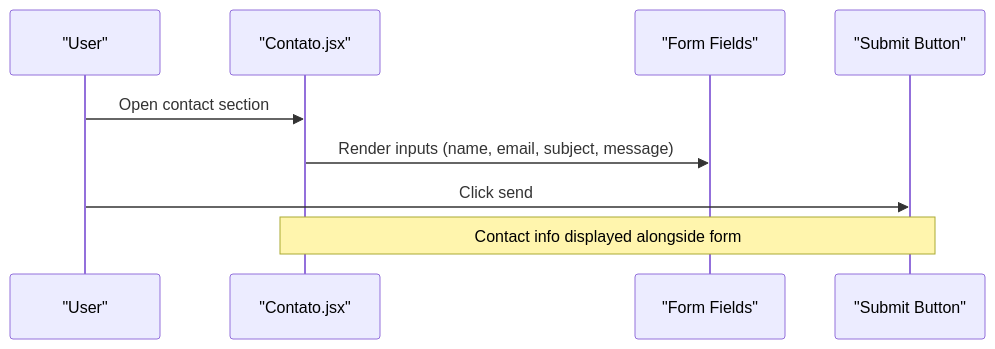
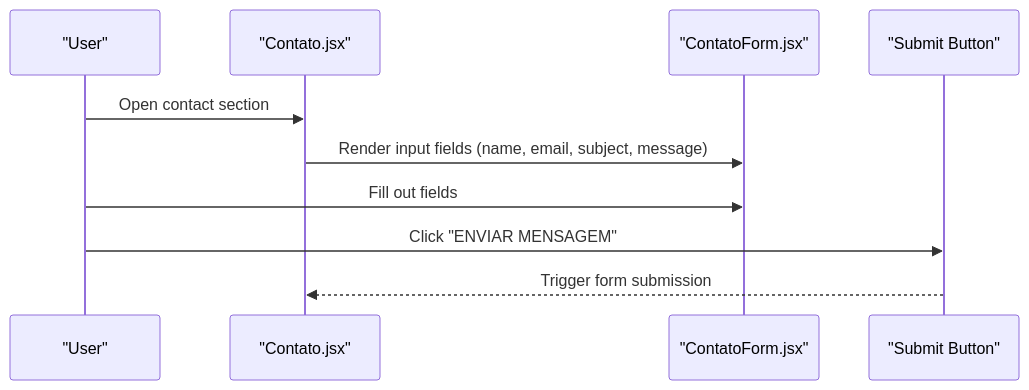
Before and after one commit to isadorabassoasseiro-boop/OptiCode: the seventh of 8 diagrams in .qoder/repowiki/en/content/Project Overview.md, drawn with Mermaid. The commit also changed other lines of this file and 35 other files, not shown here.

````diff
--- a/.qoder/repowiki/en/content/Project Overview.md
+++ b/.qoder/repowiki/en/content/Project Overview.md
@@ -294,11 +274,12 @@
 ```mermaid
 sequenceDiagram
 participant User as "User"
 participant Contato as "Contato.jsx"
-participant Form as "Form Fields"
+participant Form as "ContatoForm.jsx"
 participant Submit as "Submit Button"
 User->>Contato : Open contact section
-Contato->>Form : Render inputs (name, email, subject, message)
-User->>Submit : Click send
-Note over Contato,Submit : Contact info displayed alongside form
+Contato->>Form : Render input fields (name, email, subject, message)
+User->>Form : Fill out fields
+User->>Submit : Click "ENVIAR MENSAGEM"
+Submit-->>Contato : Trigger form submission
 ```
````
